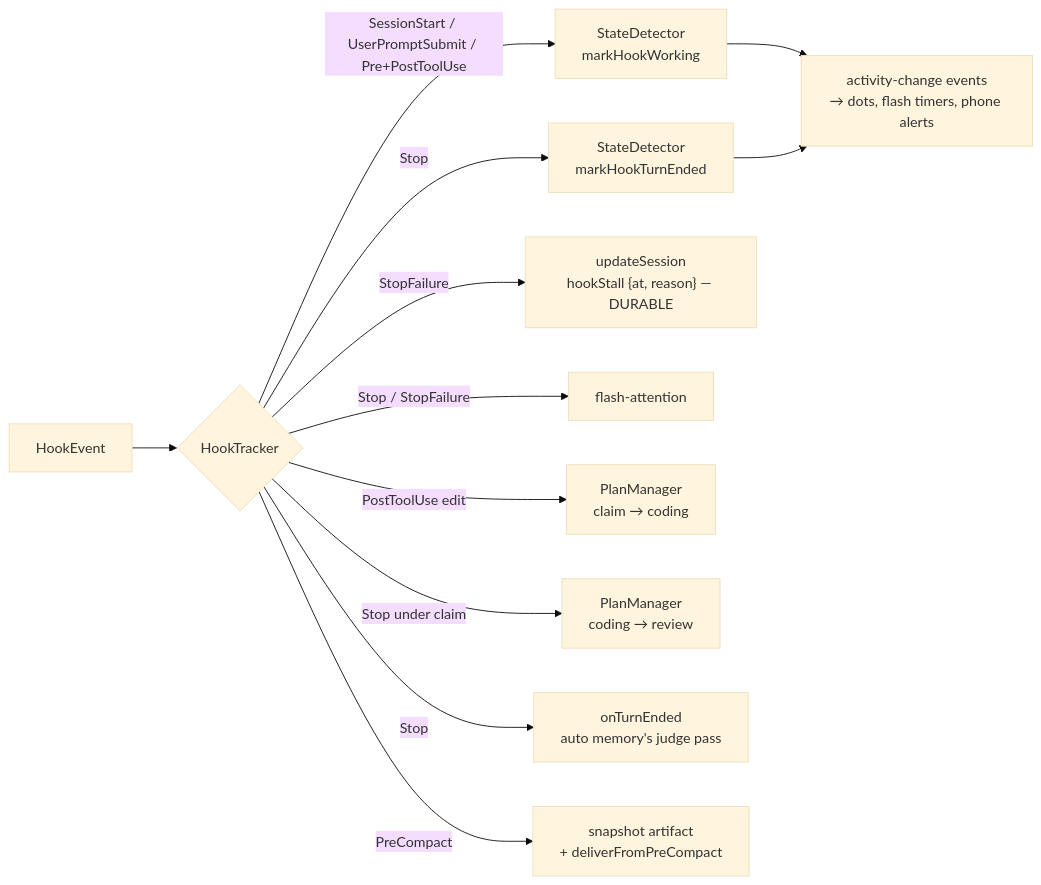
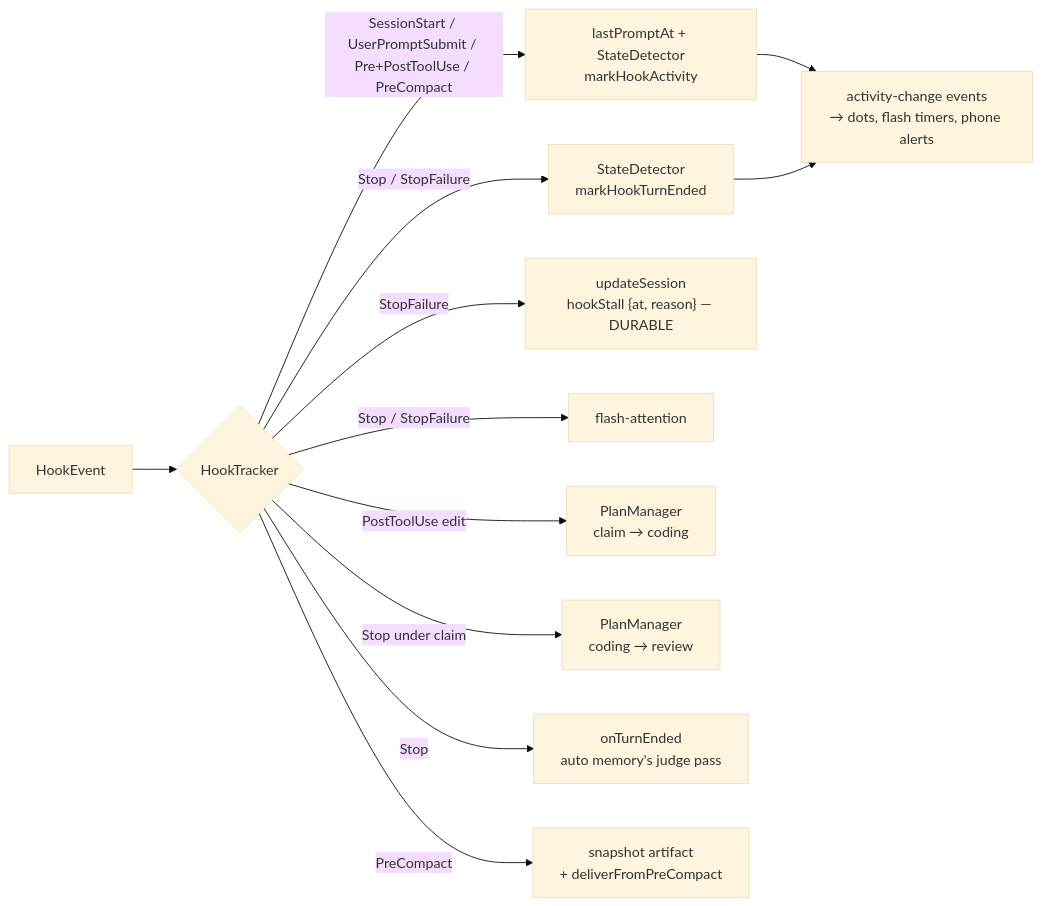
One commit to PetePeter/helm changed the fourth of 7 diagrams in docs/cli-hooks.md. Above: the diagram before and after it, drawn with Mermaid (base theme). The commit also changed other lines of this file and 45 other files, not shown here.

First line of the commit message:
feat: hook-driven activity dot + keep-warm rework; session_create expectsResponse; fix MCP close row

````diff
--- a/docs/cli-hooks.md
+++ b/docs/cli-hooks.md
@@ -200,14 +200,14 @@
 ```mermaid
 flowchart LR
     R[HookEvent] --> T{HookTracker}
-    T -->|SessionStart / UserPromptSubmit / Pre+PostToolUse| W["StateDetector<br/>markHookWorking"]
-    T -->|Stop| E["StateDetector<br/>markHookTurnEnded"]
+    T -->|SessionStart / UserPromptSubmit / Pre+PostToolUse / PreCompact| W["lastPromptAt + StateDetector<br/>markHookActivity"]
+    T -->|Stop / StopFailure| E["StateDetector<br/>markHookTurnEnded"]
     W --> A[activity-change events<br/>→ dots, flash timers, phone alerts]
     E --> A
     T -->|StopFailure| S["updateSession<br/>hookStall {at, reason} — DURABLE"]
     T -->|Stop / StopFailure| F[flash-attention]
     T -->|PostToolUse edit| P["PlanManager<br/>claim → coding"]
     T -->|Stop under claim| P2["PlanManager<br/>coding → review"]
     T -->|Stop| M["onTurnEnded<br/>auto memory's judge pass"]
     T -->|PreCompact| C["snapshot artifact<br/>+ deliverFromPreCompact"]
 ```
````
